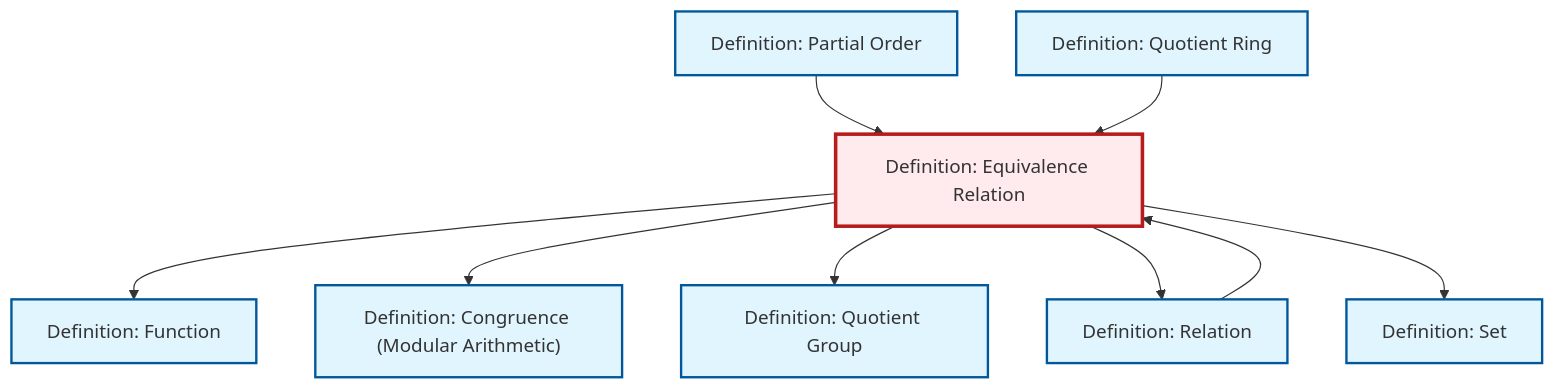
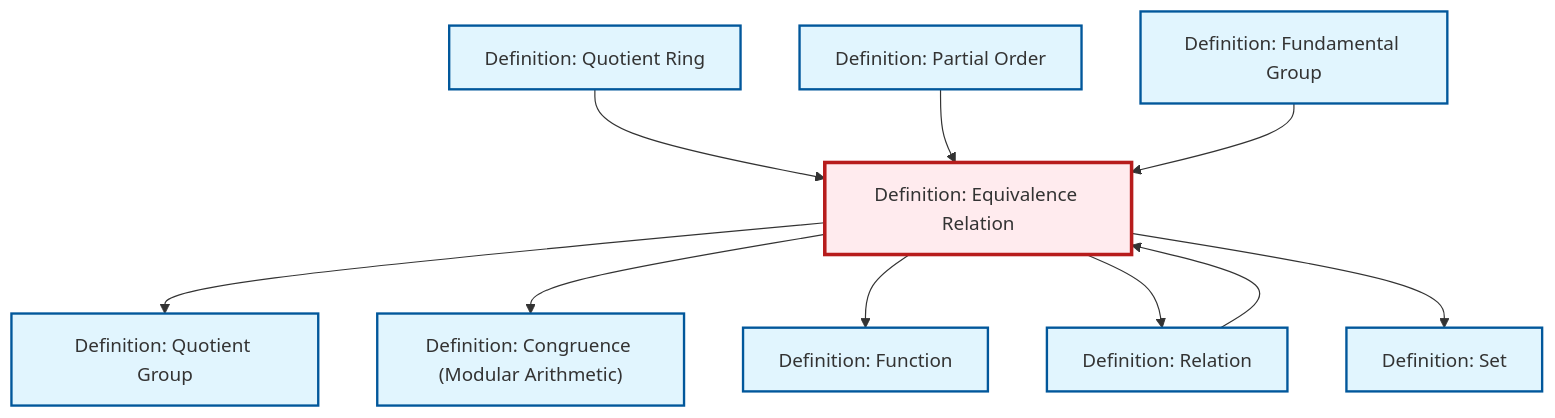
The diagram in content/en/logic-set-theory/def-equivalence-relation.qmd (RK0429/ModernMath), drawn with Mermaid before and after one commit. The commit also changed 1069 other files, not shown here.

````diff
--- a/content/en/logic-set-theory/def-equivalence-relation.qmd
+++ b/content/en/logic-set-theory/def-equivalence-relation.qmd
@@ -115,33 +115,36 @@
 ```{mermaid}
 %%| fig-cap: "Local dependency graph"
 graph TD
     classDef definition fill:#e1f5fe,stroke:#01579b,stroke-width:2px
     classDef theorem fill:#f3e5f5,stroke:#4a148c,stroke-width:2px
     classDef axiom fill:#fff3e0,stroke:#e65100,stroke-width:2px
     classDef example fill:#e8f5e9,stroke:#1b5e20,stroke-width:2px
     classDef current fill:#ffebee,stroke:#b71c1c,stroke-width:3px
+    def-congruence["Definition: Congruence (Modular Arithmetic)"]:::definition
     def-set["Definition: Set"]:::definition
+    def-fundamental-group["Definition: Fundamental Group"]:::definition
+    def-relation["Definition: Relation"]:::definition
+    def-function["Definition: Function"]:::definition
     def-quotient-ring["Definition: Quotient Ring"]:::definition
     def-quotient-group["Definition: Quotient Group"]:::definition
+    def-partial-order["Definition: Partial Order"]:::definition
     def-equivalence-relation["Definition: Equivalence Relation"]:::definition
-    def-relation["Definition: Relation"]:::definition
-    def-function["Definition: Function"]:::definition
-    def-partial-order["Definition: Partial Order"]:::definition
-    def-congruence["Definition: Congruence (Modular Arithmetic)"]:::definition
+    def-equivalence-relation --> def-quotient-group
+    def-equivalence-relation --> def-congruence
+    def-quotient-ring --> def-equivalence-relation
+    def-relation --> def-equivalence-relation
+    def-equivalence-relation --> def-function
     def-partial-order --> def-equivalence-relation
-    def-equivalence-relation --> def-function
-    def-relation --> def-equivalence-relation
-    def-equivalence-relation --> def-congruence
-    def-equivalence-relation --> def-quotient-group
-    def-quotient-ring --> def-equivalence-relation
     def-equivalence-relation --> def-relation
     def-equivalence-relation --> def-set
+    def-fundamental-group --> def-equivalence-relation
     class def-equivalence-relation current
+    click def-congruence "def-congruence.html" "Go to Congruence (Modular Arithmetic) definition"
     click def-set "def-set.html" "Go to Set definition"
+    click def-fundamental-group "def-fundamental-group.html" "Go to Fundamental Group definition"
+    click def-relation "def-relation.html" "Go to Relation definition"
+    click def-function "def-function.html" "Go to Function definition"
     click def-quotient-ring "def-quotient-ring.html" "Go to Quotient Ring definition"
     click def-quotient-group "def-quotient-group.html" "Go to Quotient Group definition"
-    click def-relation "def-relation.html" "Go to Relation definition"
-    click def-function "def-function.html" "Go to Function definition"
     click def-partial-order "def-partial-order.html" "Go to Partial Order definition"
-    click def-congruence "def-congruence.html" "Go to Congruence (Modular Arithmetic) definition"
 ```
````
